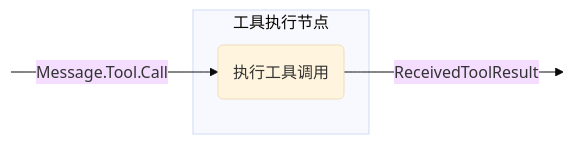
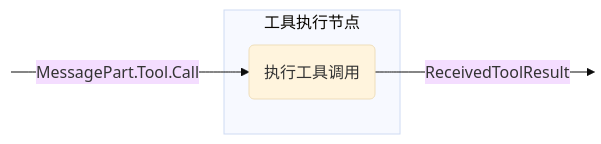
One commit to BinaryTape/Open-Docs changed diagram 11 of 15 in docs/koog/nodes-and-components.md. Above: the diagram before and after it, drawn with Mermaid (base theme). The commit also changed other lines of this file and 565 other files, not shown here.

````diff
--- a/docs/koog/nodes-and-components.md
+++ b/docs/koog/nodes-and-components.md
@@ -559,13 +575,13 @@
 ```mermaid
 graph LR
     in:::hidden
     out:::hidden
     
     subgraph node ["工具执行节点"]
         execute(执行工具调用)
     end
     
-    in --Message.Tool.Call--> execute --ReceivedToolResult--> out
+    in --MessagePart.Tool.Call--> execute --ReceivedToolResult--> out
 
     classDef hidden display: none;
 ```
````
